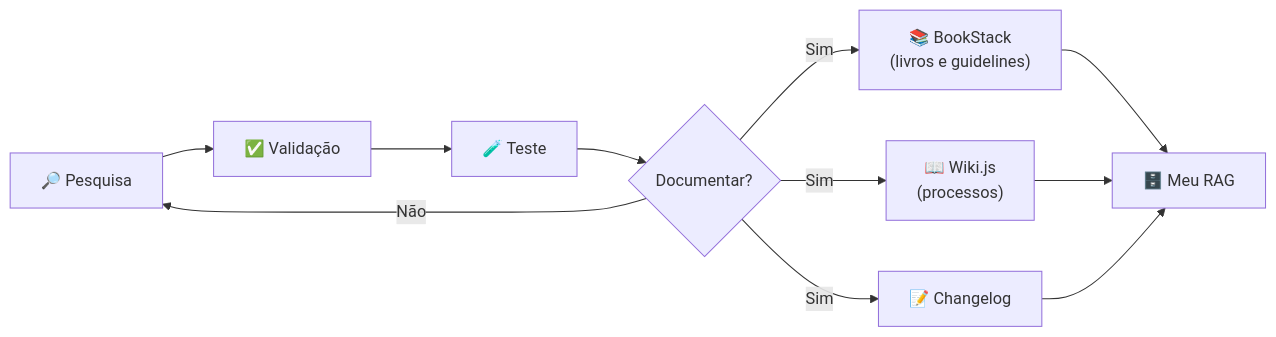
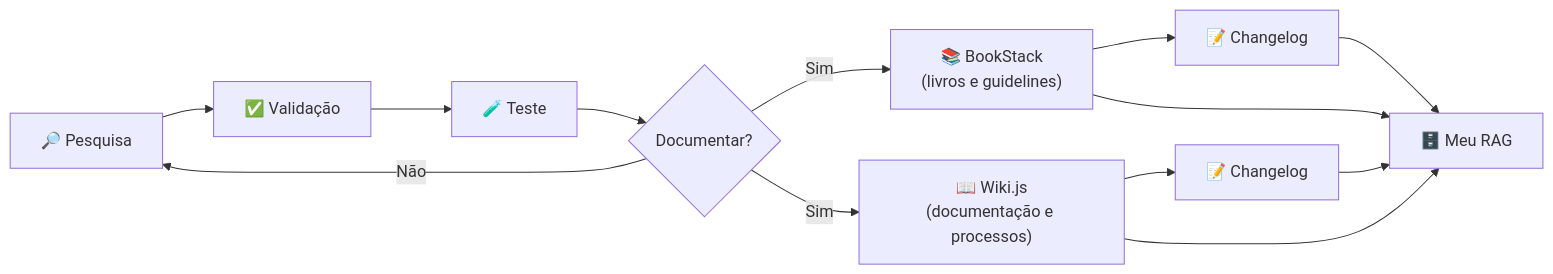
Before and after one commit to gabrielsubtil/rag-for-human: the first of 2 diagrams in README.md, drawn with Mermaid. The commit also changed other lines of this file, not shown here.

Commit message:
docs: changelog como subelemento do BookStack e Wiki.js no diagrama do processo

````diff
--- a/README.md
+++ b/README.md
@@ -70,13 +70,15 @@
 ```mermaid
 flowchart LR
     A["🔎 Pesquisa"] --> B["✅ Validação"]
     B --> C["🧪 Teste"]
     C --> D{"Documentar?"}
     D -->|Sim| E["📚 BookStack<br/>(livros e guidelines)"]
-    D -->|Sim| F["📖 Wiki.js<br/>(processos)"]
-    D -->|Sim| G["📝 Changelog"]
+    D -->|Sim| F["📖 Wiki.js<br/>(documentação e processos)"]
     D -->|Não| A
+    E --> E1["📝 Changelog"]
+    F --> F1["📝 Changelog"]
     E --> H["🗄️ Meu RAG"]
     F --> H
-    G --> H
+    E1 --> H
+    F1 --> H
 ```
````
